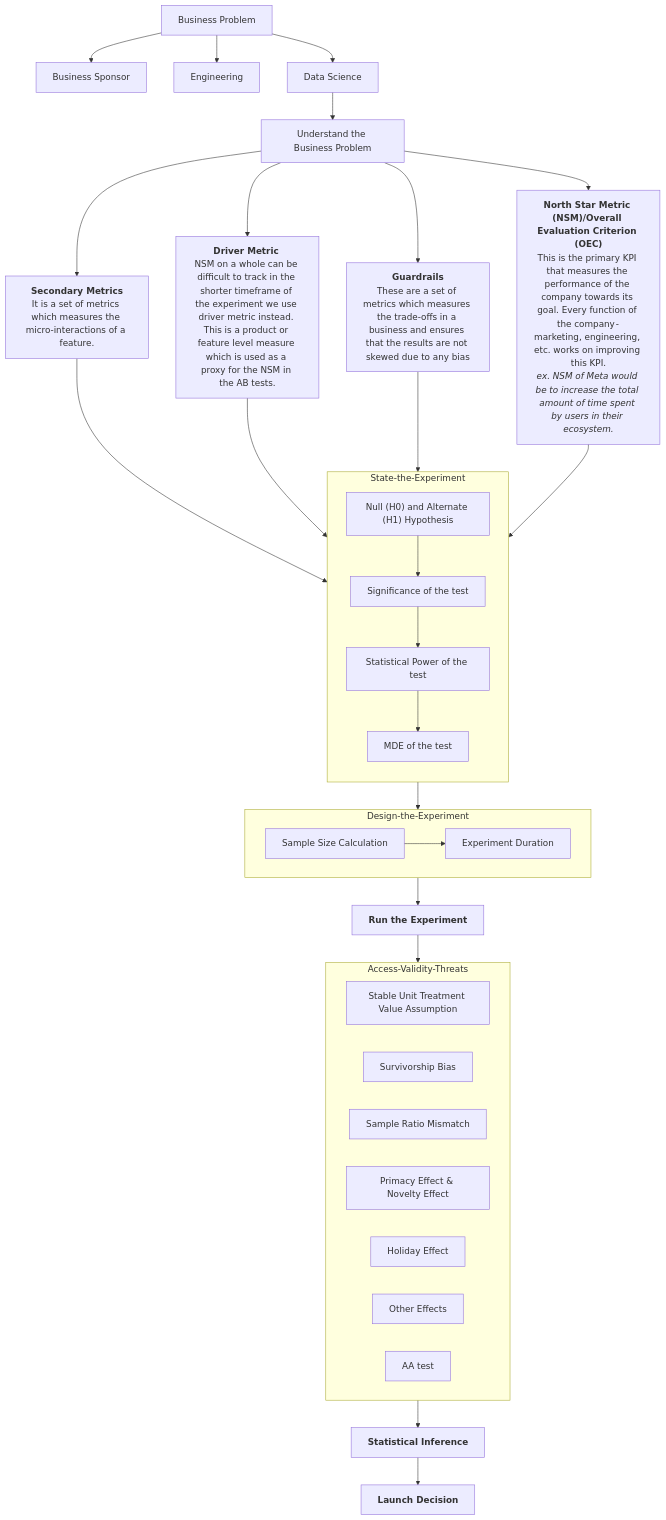
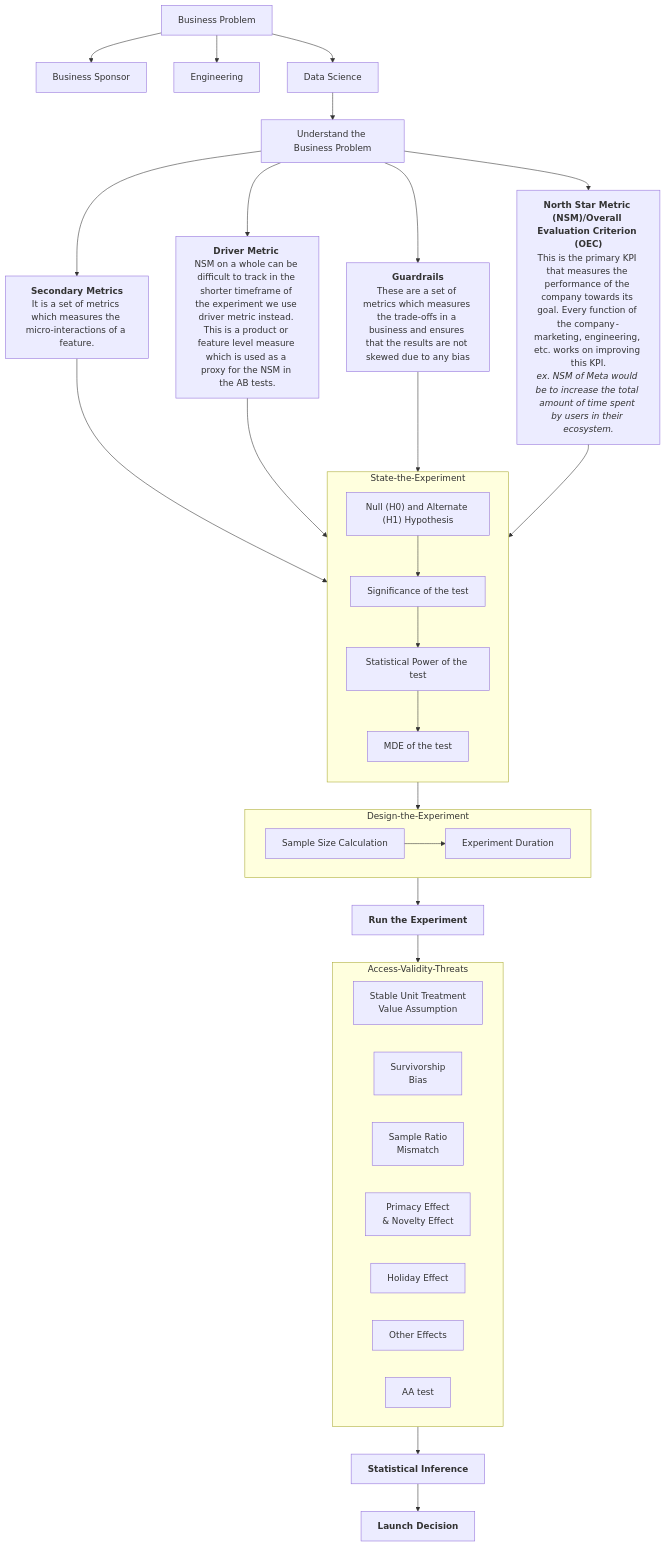
One commit to dipranjan/dsinterviewqns changed the diagram in statistics/a-b-test.md. Above: the diagram before and after it, drawn with Mermaid.

Commit message:
GITBOOK-76: change request with no subject merged in GitBook

````diff
--- a/statistics/a-b-test.md
+++ b/statistics/a-b-test.md
@@ -5,51 +5,54 @@
 ```mermaid
 flowchart TD
 A["`Business Problem`"] --> B["`Business Sponsor`"]
 A --> C["`Engineering`"]
 A --> D["`Data Science`"]
 D --> E["`Understand the Business Problem`"]
 E --> F["`**North Star Metric (NSM)/Overall Evaluation Criterion (OEC)**
 This is the primary KPI that measures the performance of the company towards its goal. Every function of the company - marketing, engineering, etc. works on improving this KPI.
 *ex. NSM of Meta would be to increase the total amount of time spent by users in their ecosystem.*`"]
-
 E --> G["`**Driver Metric** 
 NSM on a whole can be difficult to track in the shorter timeframe of the experiment we use driver metric instead. This is a product or feature level measure which is used as a proxy for the NSM in the AB tests.`"]
 E --> H["`**Guardrails**
 These are a set of metrics which measures the trade-offs in a business and ensures that the results are not skewed due to any bias`"]
 E --> I["`**Secondary Metrics**
 It is a set of metrics which measures the micro-interactions of a feature.`"]
 
 subgraph State-the-Experiment
 direction TB
 K["Null (H0) and Alternate (H1) Hypothesis"]
 K --> L["Significance of the test"]
 L --> M["Statistical Power of the test"]
 M --> N["MDE of the test"]
 end
 
 subgraph Design-the-Experiment
 P["Sample Size Calculation"]
 P --> Q["Experiment Duration"]
 end
 I --> State-the-Experiment
 G --> State-the-Experiment
 H --> State-the-Experiment
 F --> State-the-Experiment
 State-the-Experiment --> Design-the-Experiment
 Design-the-Experiment --> R["`**Run the Experiment**`"]
 
 subgraph Access-Validity-Threats
-Sa["Stable Unit Treatment Value Assumption"]
-Sb["Survivorship Bias"]
-Sc["Sample Ratio Mismatch"]
-Sd["Primacy Effect & Novelty Effect"]
+Sa["Stable Unit Treatment 
+Value Assumption"]
+Sb["Survivorship 
+Bias"]
+Sc["Sample Ratio 
+Mismatch"]
+Sd["Primacy Effect 
+& Novelty Effect"]
 Se["Holiday Effect"]
 Sf["Other Effects"]
 Sg["AA test"]
 end
 R --> Access-Validity-Threats
 Access-Validity-Threats --> T["`**Statistical Inference**`"]
 T --> U["`**Launch Decision**`"]
 
 
 ```
````
